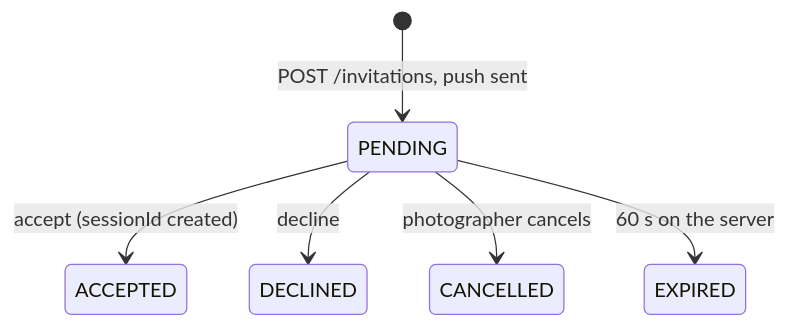
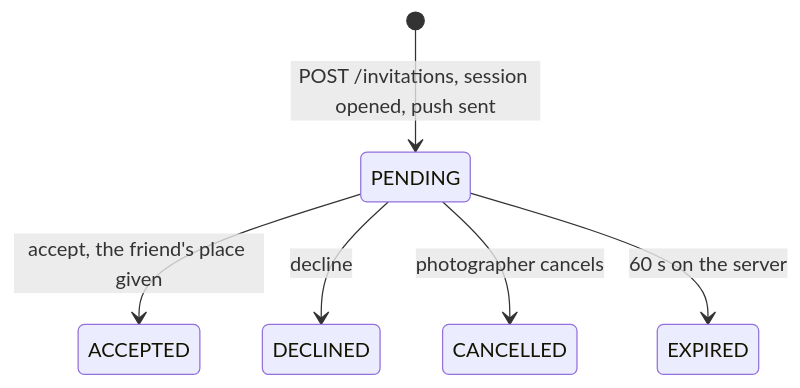
Before and after one commit to snuhcs-course/swpp-2026-project-team-10: diagram 12 of 13 in wiki/Design-Documentation.md, drawn with Mermaid. The commit also changed other lines of this file and 4 other files, not shown here.

````diff
--- a/wiki/Design-Documentation.md
+++ b/wiki/Design-Documentation.md
@@ -1249,8 +1483,8 @@
 ```mermaid
 stateDiagram-v2
-  [*] --> PENDING: POST /invitations, push sent
-  PENDING --> ACCEPTED: accept (sessionId created)
+  [*] --> PENDING: POST /invitations, session opened, push sent
+  PENDING --> ACCEPTED: accept, the friend's place given
   PENDING --> DECLINED: decline
   PENDING --> CANCELLED: photographer cancels
   PENDING --> EXPIRED: 60 s on the server
 ```
````
